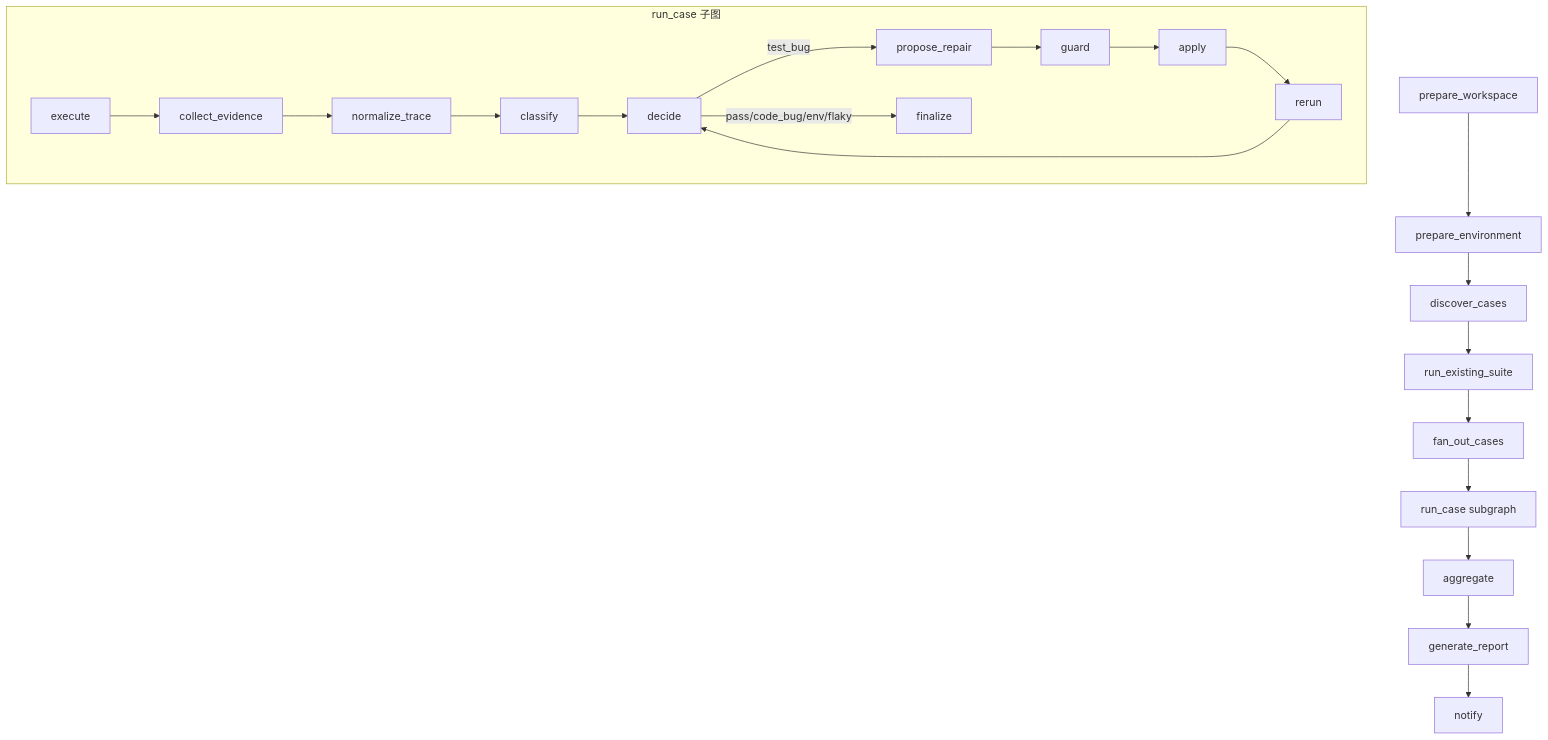
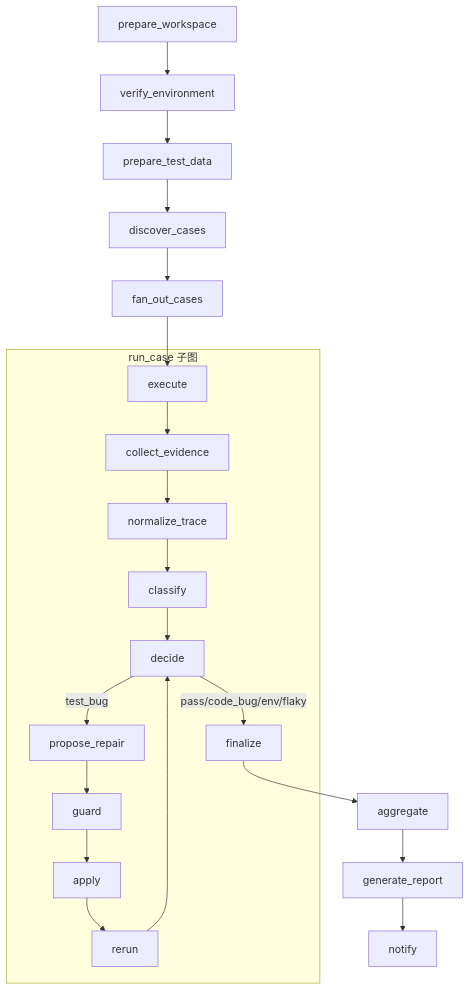
One commit to kilimm/git-ai-test-flow changed the sixth of 7 diagrams in docs/PROJECT_SPEC.md. Above: the diagram before and after it, drawn with Mermaid. The commit also changed other lines of this file and 1 other file, not shown here.

````diff
--- a/docs/PROJECT_SPEC.md
+++ b/docs/PROJECT_SPEC.md
@@ -1814,12 +1838,11 @@
 ```mermaid
 flowchart TB
-  P[prepare_workspace] --> E[prepare_environment] --> D[discover_cases]
-  D --> R[run_existing_suite] --> F[fan_out_cases]
-  F --> C1[run_case subgraph]
-  C1 --> AG[aggregate] --> RP[generate_report] --> N[notify]
+  P[prepare_workspace] --> E[verify_environment] --> T[prepare_test_data] --> D[discover_cases] --> F[fan_out_cases]
+  F --> EX
   subgraph Case[run_case 子图]
     EX[execute] --> CE[collect_evidence] --> NT[normalize_trace] --> CL[classify] --> DE[decide]
     DE -->|test_bug| PR[propose_repair] --> G[guard] --> AP[apply] --> RR[rerun] --> DE
     DE -->|pass/code_bug/env/flaky| FI[finalize]
   end
+  FI --> AG[aggregate] --> RP[generate_report] --> N[notify]
 ```
````
